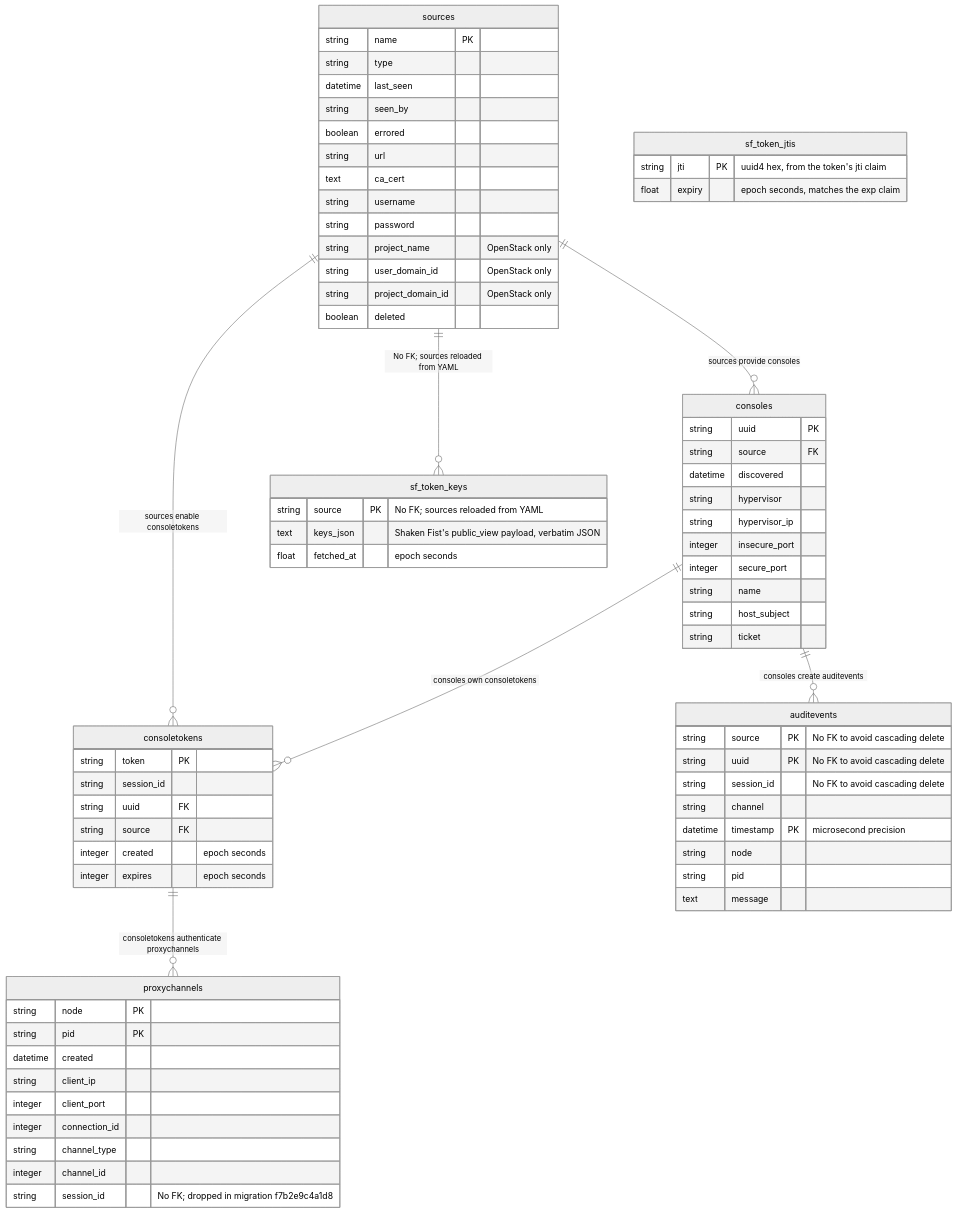
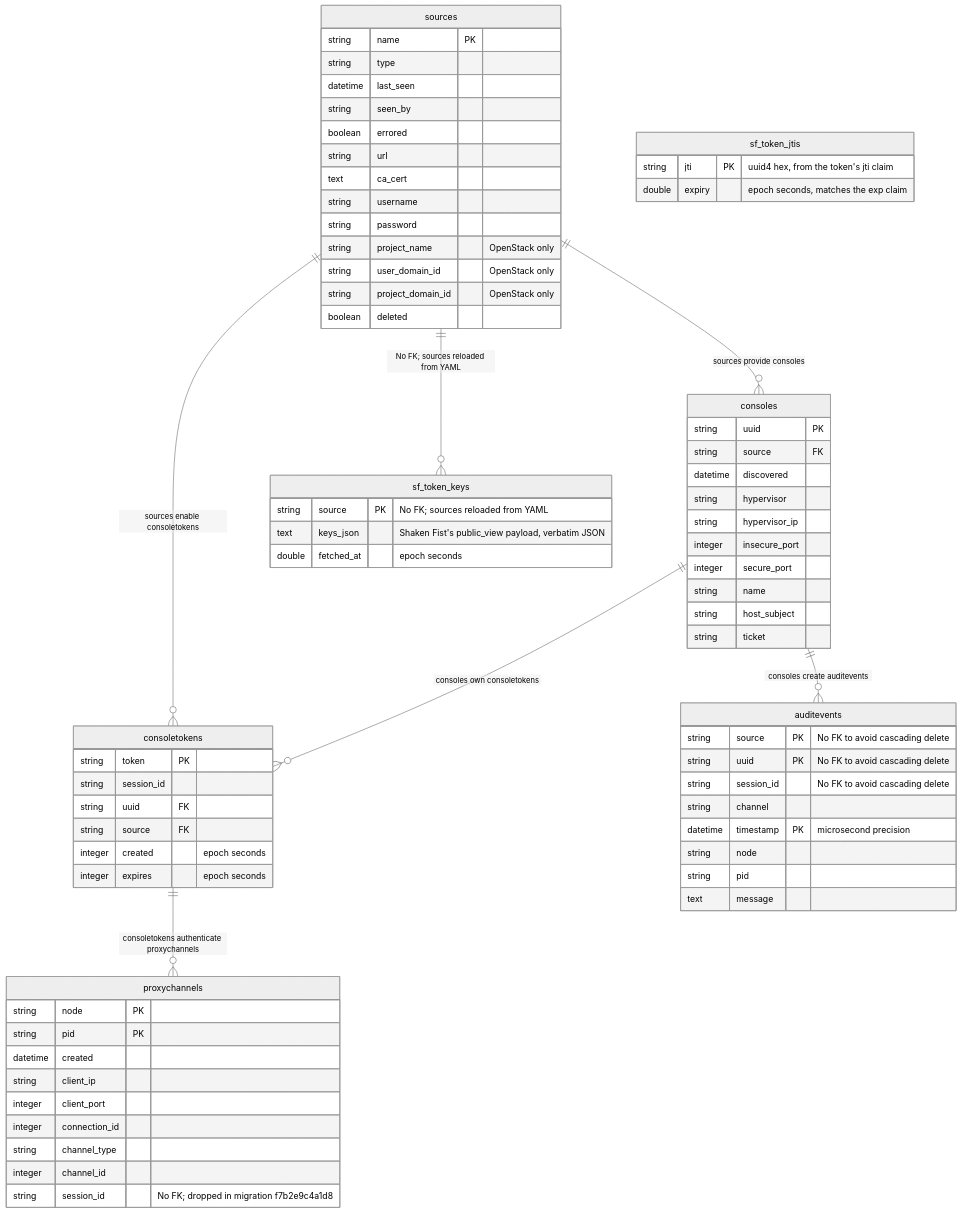
The diagram in docs/schema.md (shakenfist/kerbside), drawn with Mermaid (neutral theme) before and after one commit. The commit also changed other lines of this file and 3 other files, not shown here.

````diff
--- a/docs/schema.md
+++ b/docs/schema.md
@@ -7,80 +7,80 @@
 ```mermaid
 erDiagram
     sources {
         string name PK
         string type
         datetime last_seen
         string seen_by
         boolean errored
         string url
         text ca_cert
         string username
         string password
         string project_name "OpenStack only"
         string user_domain_id "OpenStack only"
         string project_domain_id "OpenStack only"
         boolean deleted
     }
 
     sources ||--o{ consoles : "sources provide consoles"
     consoles {
         string uuid PK
         string source FK
         datetime discovered
         string hypervisor
         string hypervisor_ip
         integer insecure_port
         integer secure_port
         string name
         string host_subject
         string ticket
     }
 
     sources ||--o{ consoletokens: "sources enable consoletokens"
     consoles ||--o{ consoletokens: "consoles own consoletokens"
     consoletokens {
         string token PK
         string session_id
         string uuid FK
         string source FK
         integer created "epoch seconds"
         integer expires "epoch seconds"
     }
 
     consoletokens ||--o{ proxychannels: "consoletokens authenticate proxychannels"
     proxychannels {
         string node PK
         string pid PK
         datetime created
         string client_ip
         integer client_port
         integer connection_id
         string channel_type
         integer channel_id
         string session_id "No FK; dropped in migration f7b2e9c4a1d8"
     }
 
     consoles ||--o{ auditevents: "consoles create auditevents"
     auditevents {
         string source PK "No FK to avoid cascading delete"
         string uuid PK "No FK to avoid cascading delete"
         string session_id "No FK to avoid cascading delete"
         string channel
         datetime timestamp PK "microsecond precision"
         string node
         string pid
         text message
     }
 
     sf_token_jtis {
         string jti PK "uuid4 hex, from the token's jti claim"
-        float expiry "epoch seconds, matches the exp claim"
+        double expiry "epoch seconds, matches the exp claim"
     }
 
     sources ||--o{ sf_token_keys: "No FK; sources reloaded from YAML"
     sf_token_keys {
         string source PK "No FK; sources reloaded from YAML"
         text keys_json "Shaken Fist's public_view payload, verbatim JSON"
-        float fetched_at "epoch seconds"
+        double fetched_at "epoch seconds"
     }
 ```
````
